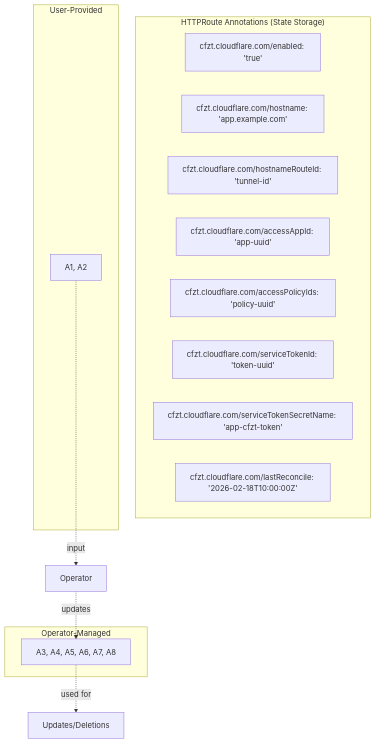
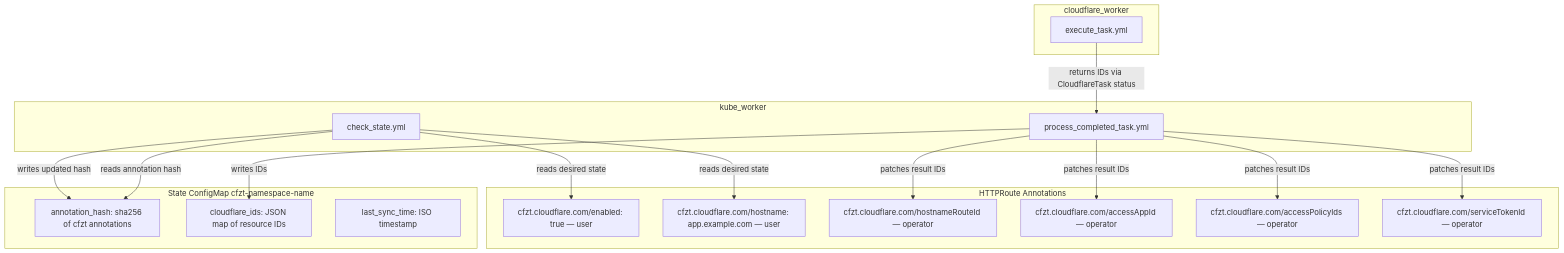
One commit to wheetazlab/cloudflare-zero-trust-operator changed diagram 11 of 17 in docs/architecture.md. Above: the diagram before and after it, drawn with Mermaid. The commit also changed other lines of this file and 1 other file, not shown here.

````diff
--- a/docs/architecture.md
+++ b/docs/architecture.md
@@ -739,25 +755,37 @@
 ```mermaid
 graph TB
-    subgraph "HTTPRoute Annotations (State Storage)"
-        A1[cfzt.cloudflare.com/enabled: 'true']
-        A2[cfzt.cloudflare.com/hostname: 'app.example.com']
-        A3[cfzt.cloudflare.com/hostnameRouteId: 'tunnel-id']
-        A4[cfzt.cloudflare.com/accessAppId: 'app-uuid']
-        A5[cfzt.cloudflare.com/accessPolicyIds: 'policy-uuid']
-        A6[cfzt.cloudflare.com/serviceTokenId: 'token-uuid']
-        A7[cfzt.cloudflare.com/serviceTokenSecretName: 'app-cfzt-token']
-        A8[cfzt.cloudflare.com/lastReconcile: '2026-02-18T10:00:00Z']
+    subgraph "State ConfigMap cfzt-namespace-name"
+        CM1[annotation_hash: sha256 of cfzt annotations]
+        CM2[cloudflare_ids: JSON map of resource IDs]
+        CM3[last_sync_time: ISO timestamp]
     end
-    
-    subgraph "User-Provided"
-        UP[A1, A2]
+
+    subgraph "HTTPRoute Annotations"
+        A1[cfzt.cloudflare.com/enabled: true — user]
+        A2[cfzt.cloudflare.com/hostname: app.example.com — user]
+        A3[cfzt.cloudflare.com/hostnameRouteId — operator]
+        A4[cfzt.cloudflare.com/accessAppId — operator]
+        A5[cfzt.cloudflare.com/accessPolicyIds — operator]
+        A6[cfzt.cloudflare.com/serviceTokenId — operator]
     end
-    
-    subgraph "Operator-Managed"
-        OM[A3, A4, A5, A6, A7, A8]
+
+    subgraph "kube_worker"
+        KW_CHECK[check_state.yml]
+        KW_PROC[process_completed_task.yml]
     end
-    
-    UP -.input.-> OPERATOR[Operator]
-    OPERATOR -.updates.-> OM
-    OM -.used for.-> UPDATE[Updates/Deletions]
+
+    subgraph "cloudflare_worker"
+        CW_EXEC[execute_task.yml]
+    end
+
+    KW_CHECK -->|reads annotation hash| CM1
+    KW_CHECK -->|writes updated hash| CM1
+    KW_CHECK -->|reads desired state| A1
+    KW_CHECK -->|reads desired state| A2
+    CW_EXEC -->|returns IDs via CloudflareTask status| KW_PROC
+    KW_PROC -->|patches result IDs| A3
+    KW_PROC -->|patches result IDs| A4
+    KW_PROC -->|patches result IDs| A5
+    KW_PROC -->|patches result IDs| A6
+    KW_PROC -->|writes IDs| CM2
 ```
````
